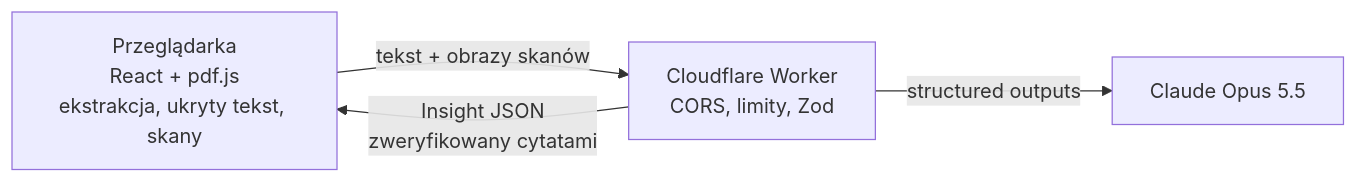
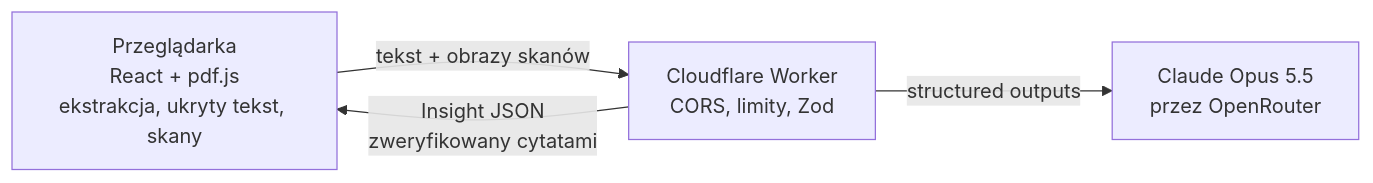
The diagram in README.md (posgame3/pdf-insight), drawn with Mermaid before and after one commit. The commit also changed other lines of this file and 23 other files, not shown here.

First line of the commit message:
feat(worker): route Claude Opus 5.5 through OpenRouter, keep Anthropic API as an option

````diff
--- a/README.md
+++ b/README.md
@@ -31,6 +31,6 @@
 ```mermaid
 flowchart LR
   A["Przeglądarka<br/>React + pdf.js<br/>ekstrakcja, ukryty tekst, skany"] -- "tekst + obrazy skanów" --> B["Cloudflare Worker<br/>CORS, limity, Zod"]
-  B -- "structured outputs" --> C["Claude Opus 5.5"]
+  B -- "structured outputs" --> C["Claude Opus 5.5<br/>przez OpenRouter"]
   B -- "Insight JSON<br/>zweryfikowany cytatami" --> A
 ```
````
